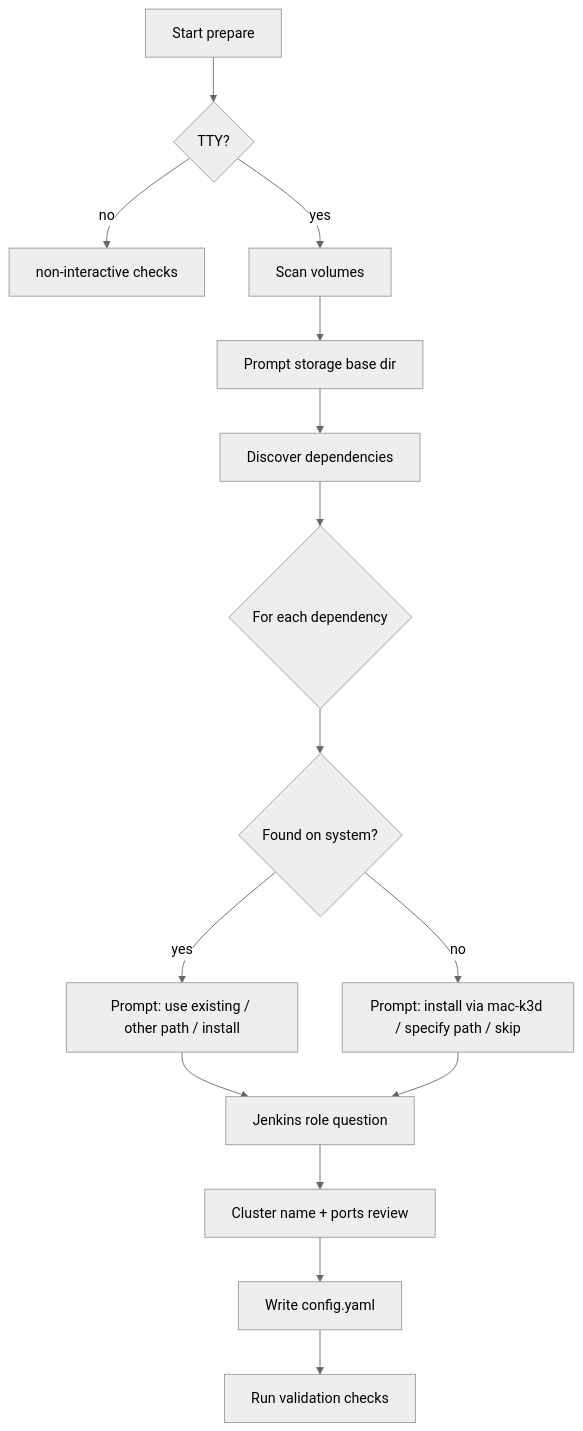
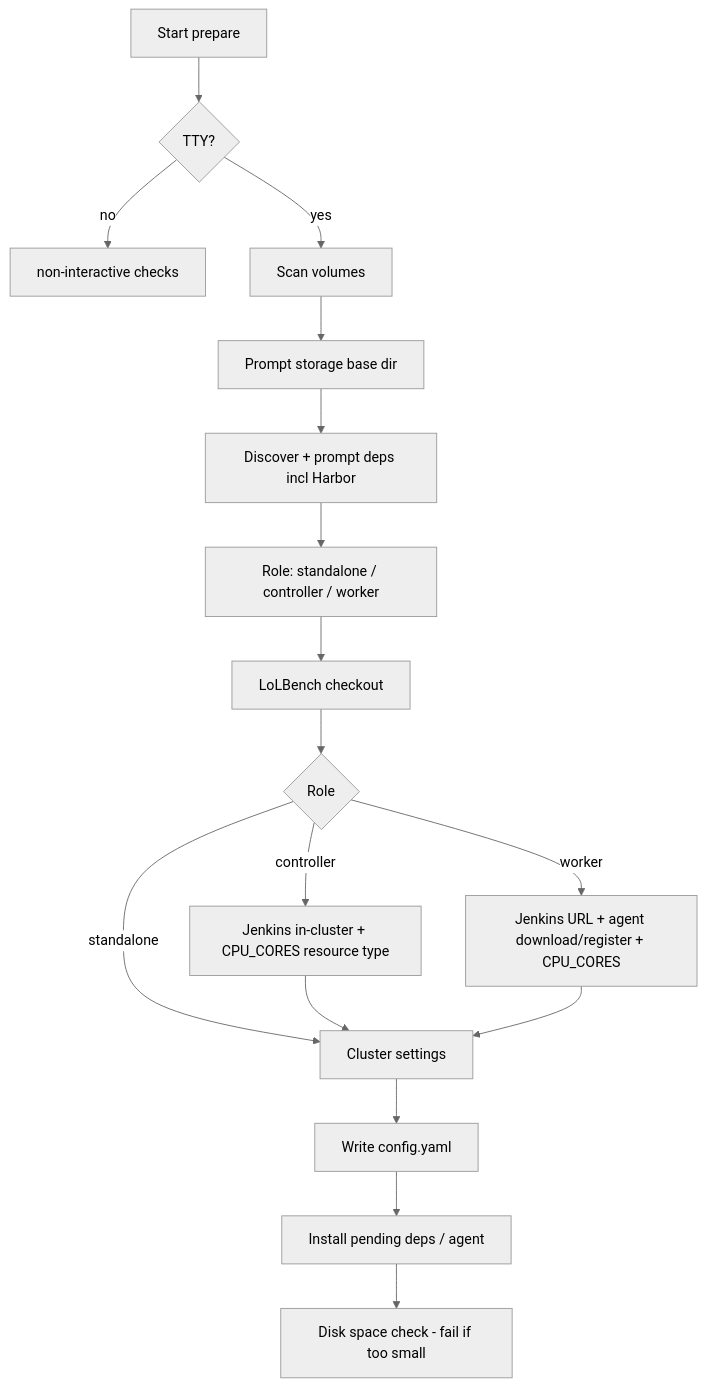
One commit to MichaelLing83/mac-k3d changed the diagram in docs/prepare-wizard.md. Above: the diagram before and after it, drawn with Mermaid (neutral theme). The commit also changed other lines of this file and 17 other files, not shown here.

First line of the commit message:
Extend prepare for Harbor, LoLBench, disk checks, and Jenkins agents.

````diff
--- a/docs/prepare-wizard.md
+++ b/docs/prepare-wizard.md
@@ -26,17 +26,19 @@
 ```mermaid
 flowchart TD
     A[Start prepare] --> B{TTY?}
     B -->|no| C[non-interactive checks]
     B -->|yes| D[Scan volumes]
     D --> E[Prompt storage base dir]
-    E --> F[Discover dependencies]
-    F --> G{For each dependency}
-    G --> H{Found on system?}
-    H -->|yes| I[Prompt: use existing / other path / install]
-    H -->|no| J[Prompt: install via mac-k3d / specify path / skip]
-    I --> K[Jenkins role question]
-    J --> K
-    K --> L[Cluster name + ports review]
+    E --> F[Discover + prompt deps incl Harbor]
+    F --> G[Role: standalone / controller / worker]
+    G --> H[LoLBench checkout]
+    H --> I{Role}
+    I -->|controller| J[Jenkins in-cluster + CPU_CORES resource type]
+    I -->|worker| K[Jenkins URL + agent download/register + CPU_CORES]
+    I -->|standalone| L[Cluster settings]
+    J --> L
+    K --> L
     L --> M[Write config.yaml]
-    M --> N[Run validation checks]
+    M --> N[Install pending deps / agent]
+    N --> O[Disk space check - fail if too small]
 ```
````
